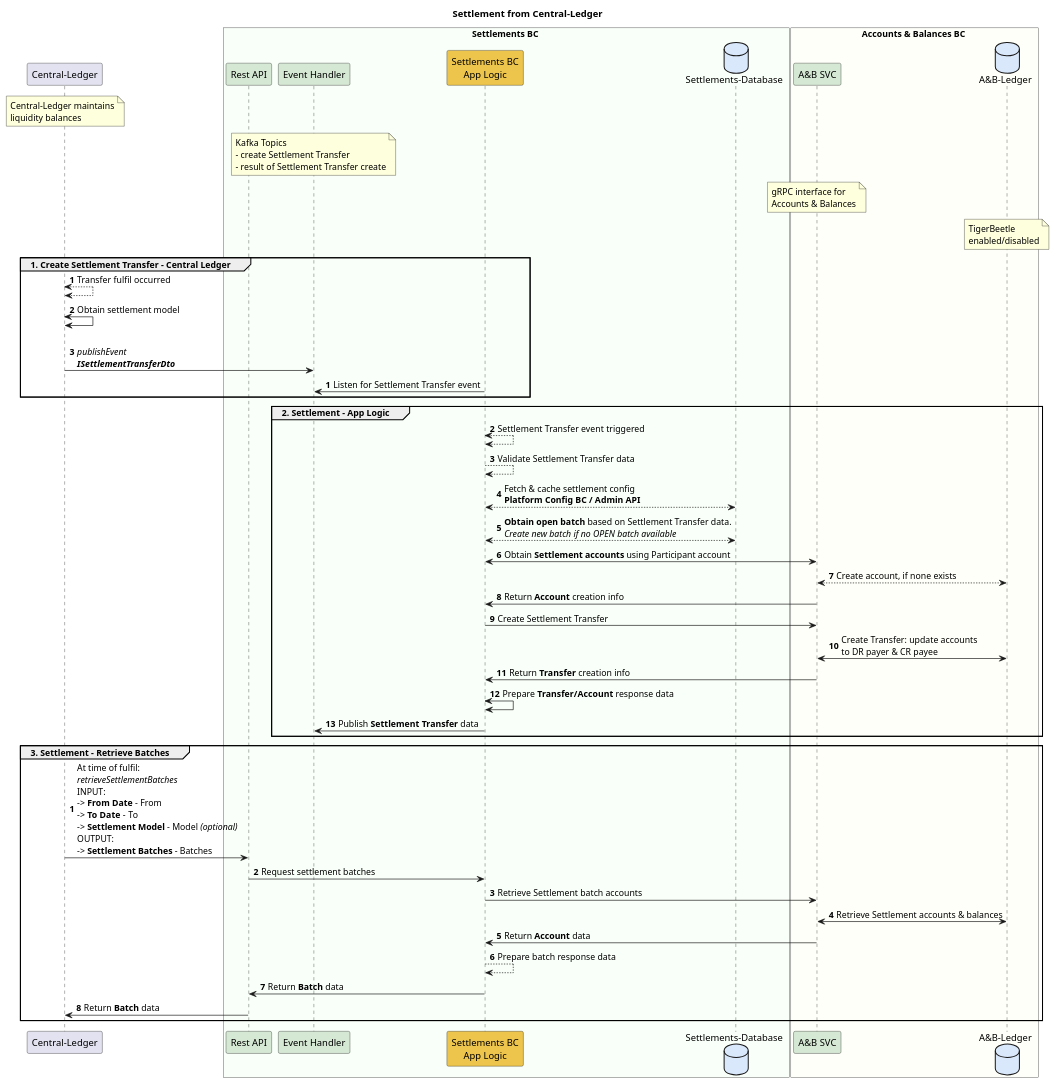
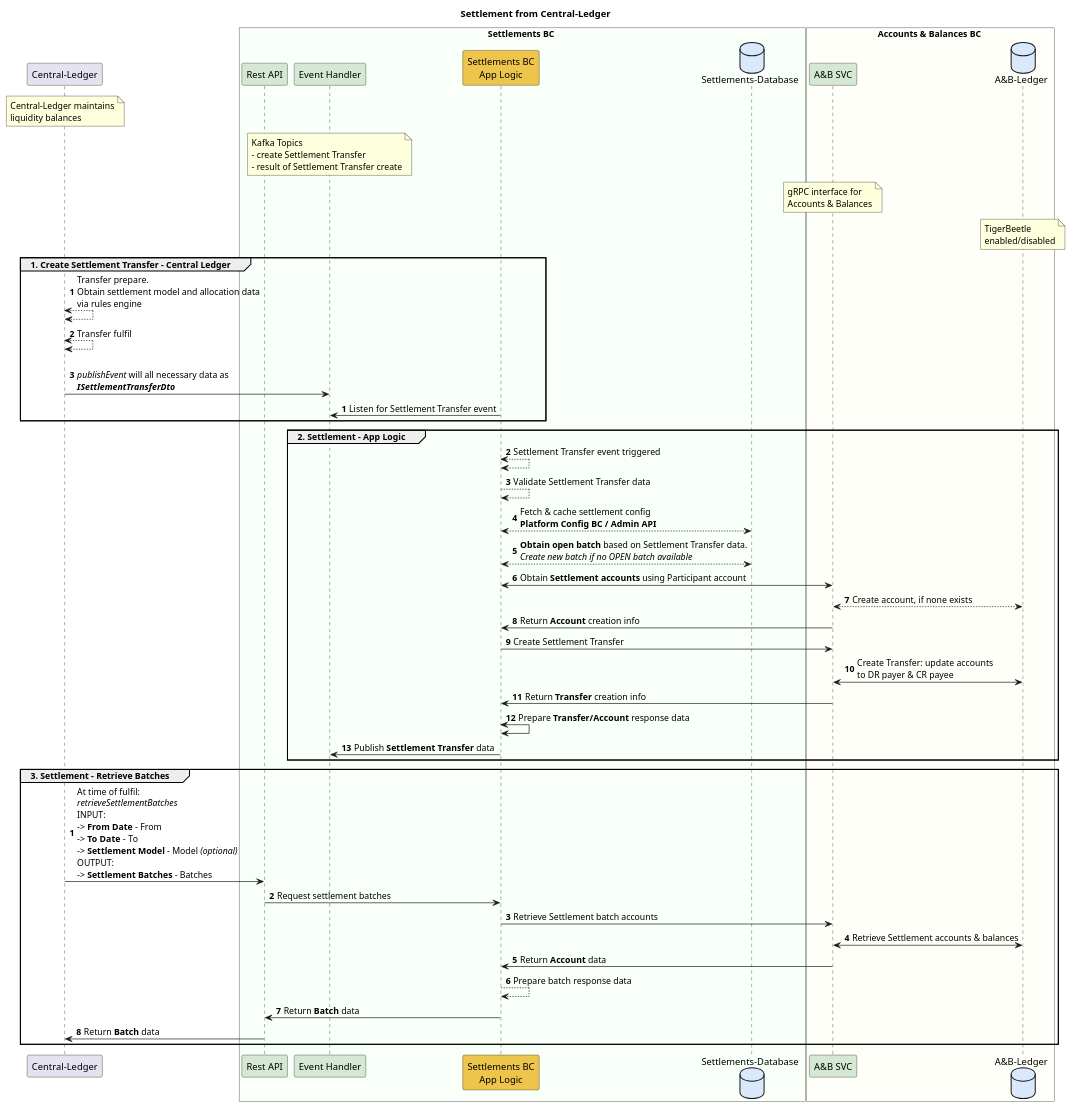
The diagram in docs/flows/01-settlement-transfer-cl.puml (mojaloop/settlements-bc), drawn with PlantUML before and after one commit. The commit also changed 7 other files, not shown here.

Commit message:
Doc updates for settlementAllocation.

```diff
--- a/docs/flows/01-settlement-transfer-cl.puml
+++ b/docs/flows/01-settlement-transfer-cl.puml
@@ -1,74 +1,74 @@
 @startuml
 
 title Settlement from Central-Ledger
 
 participant "Central-Ledger" as ext_cl
 note over ext_cl
     Central-Ledger maintains
     liquidity balances
 end note
 
 box Settlements BC #F9FFF9
     participant "Rest API" as sbc_rest #D5E8D4
     participant "Event Handler" as sbc_event #D5E8D4
     note over sbc_event
         Kafka Topics
         - create Settlement Transfer
         - result of Settlement Transfer create
     end note
     participant "Settlements BC\nApp Logic" as sbc_app_logic #EDC54D
     database "Settlements-Database" as sbc_db #DAE8FC
 end box
 
 box Accounts & Balances BC #FFFFF9
     participant "A&B SVC" as abbc_grpc #D5E8D4
     database "A&B-Ledger" as abbc_tigerbeetle #DAE8FC
     note over abbc_grpc
         gRPC interface for
         Accounts & Balances
     end note
     note over abbc_tigerbeetle
         TigerBeetle 
         enabled/disabled
     end note
 end box
 
 group 1. Create Settlement Transfer - Central Ledger
 autonumber
-    ext_cl <--> ext_cl : Transfer fulfil occurred
-    ext_cl <-> ext_cl : Obtain settlement model
-    ext_cl -> sbc_event : \n//publishEvent//\n**//ISettlementTransferDto//**
+    ext_cl <--> ext_cl : Transfer prepare. \nObtain settlement model and allocation data\nvia rules engine
+    ext_cl <--> ext_cl : Transfer fulfil
+    ext_cl -> sbc_event : \n//publishEvent// will all necessary data as\n**//ISettlementTransferDto//**
 autonumber
     sbc_app_logic -> sbc_event : Listen for Settlement Transfer event
 end
 
 group 2. Settlement - App Logic
     sbc_app_logic <--> sbc_app_logic: Settlement Transfer event triggered
     sbc_app_logic --> sbc_app_logic : Validate Settlement Transfer data
     sbc_app_logic <--> sbc_db : Fetch & cache settlement config\n**Platform Config BC / Admin API**
     sbc_app_logic <--> sbc_db : **Obtain open batch** based on Settlement Transfer data.\n//Create new batch if no OPEN batch available//
     sbc_app_logic <-> abbc_grpc : Obtain **Settlement accounts** using Participant account
     abbc_grpc <--> abbc_tigerbeetle : Create account, if none exists
     abbc_grpc -> sbc_app_logic : Return **Account** creation info
     sbc_app_logic -> abbc_grpc: Create Settlement Transfer
     abbc_grpc <-> abbc_tigerbeetle: Create Transfer: update accounts \nto DR payer & CR payee
     abbc_grpc -> sbc_app_logic : Return **Transfer** creation info
     sbc_app_logic <-> sbc_app_logic: Prepare **Transfer/Account** response data
     sbc_app_logic -> sbc_event : Publish **Settlement Transfer** data
 end
 
 group 3. Settlement - Retrieve Batches
 autonumber
     ext_cl -> sbc_rest : At time of fulfil:\n//retrieveSettlementBatches// \nINPUT:\n-> **From Date** - From\n-> **To Date** - To\n-> **Settlement Model** - Model //(optional)//\nOUTPUT:\n-> **Settlement Batches** - Batches
     sbc_rest -> sbc_app_logic : Request settlement batches
     sbc_app_logic -> abbc_grpc : Retrieve Settlement batch accounts
     abbc_grpc <-> abbc_tigerbeetle : Retrieve Settlement accounts & balances
     abbc_grpc -> sbc_app_logic : Return **Account** data
     sbc_app_logic --> sbc_app_logic : Prepare batch response data
     sbc_app_logic -> sbc_rest : Return **Batch** data
     sbc_rest -> ext_cl : Return **Batch** data
 autonumber
 
 end
 
 @enduml
```
